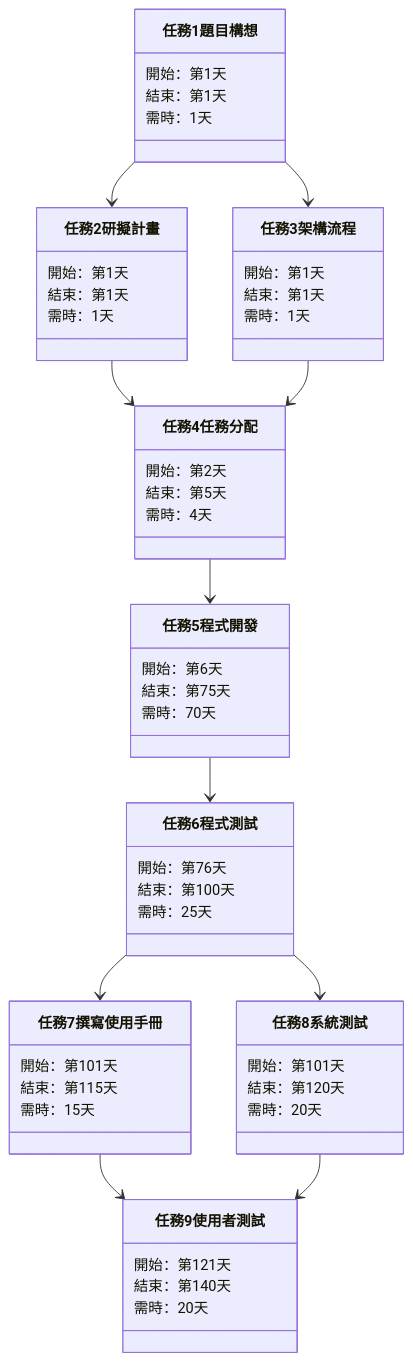
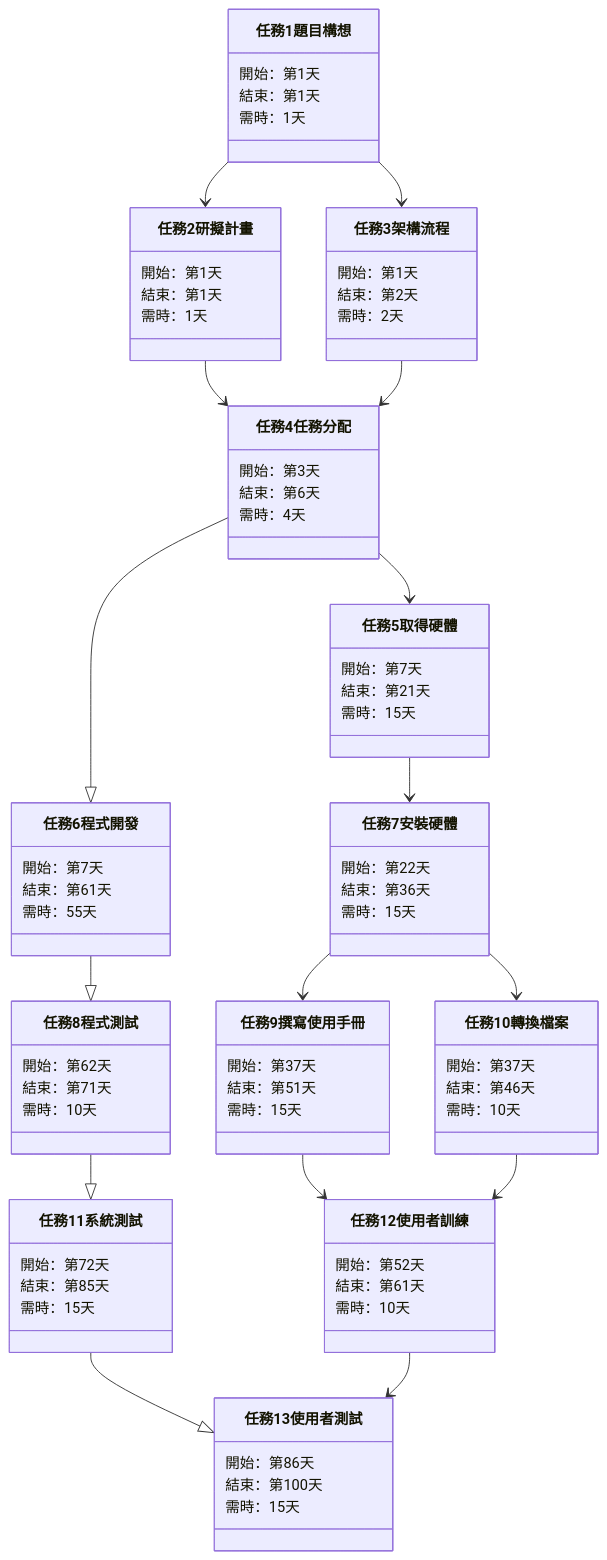
The second of 2 diagrams in README.md (Forever-Hate/no15), drawn with Mermaid before and after one commit. The commit also changed other lines of this file, not shown here.

````diff
--- a/README.md
+++ b/README.md
@@ -54,50 +54,71 @@
 ```mermaid
 classDiagram
 
 任務1 題目構想 --> 任務2 研擬計畫
 任務1 題目構想 --> 任務3 架構流程
 任務2 研擬計畫 --> 任務4 任務分配
 任務3 架構流程 --> 任務4 任務分配
-任務4 任務分配 --> 任務5 程式開發
-任務5 程式開發 --> 任務6 程式測試
-任務6 程式測試 --> 任務8 系統測試
-任務6 程式測試 --> 任務7 撰寫使用手冊
-任務7 撰寫使用手冊 --> 任務9 使用者測試
-任務8 系統測試 --> 任務9 使用者測試
+任務4 任務分配 --> 任務5 取得硬體
+任務4 任務分配 --|> 任務6 程式開發
+任務5 取得硬體 --> 任務7 安裝硬體
+任務6 程式開發 --|> 任務8 程式測試
+任務8 程式測試 --|> 任務11 系統測試
+任務7 安裝硬體 --> 任務9 撰寫使用手冊
+任務7 安裝硬體 --> 任務10 轉換檔案
+任務9 撰寫使用手冊 --> 任務12 使用者訓練
+任務10 轉換檔案 --> 任務12 使用者訓練
+任務11 系統測試 --|> 任務13 使用者測試
+任務12 使用者訓練 --> 任務13 使用者測試
 
 任務1 題目構想 : 開始：第1天
 任務1 題目構想 : 結束：第1天
 任務1 題目構想 : 需時：1天
 
 任務2 研擬計畫 : 開始：第1天
 任務2 研擬計畫 : 結束：第1天
 任務2 研擬計畫 : 需時：1天
 
 任務3 架構流程 : 開始：第1天
-任務3 架構流程 : 結束：第1天
-任務3 架構流程 : 需時：1天
+任務3 架構流程 : 結束：第2天
+任務3 架構流程 : 需時：2天
 
-任務4 任務分配 : 開始：第2天
-任務4 任務分配 : 結束：第5天
+任務4 任務分配 : 開始：第3天
+任務4 任務分配 : 結束：第6天
 任務4 任務分配 : 需時：4天
 
-任務5 程式開發 : 開始：第6天
-任務5 程式開發 : 結束：第75天
-任務5 程式開發 : 需時：70天
+任務5 取得硬體 : 開始：第7天
+任務5 取得硬體 : 結束：第21天
+任務5 取得硬體 : 需時：15天
 
-任務6 程式測試 : 開始：第76天
-任務6 程式測試 : 結束：第100天
-任務6 程式測試 : 需時：25天
+任務6 程式開發 : 開始：第7天
+任務6 程式開發 : 結束：第61天
+任務6 程式開發 : 需時：55天
 
-任務7 撰寫使用手冊 : 開始：第101天
-任務7 撰寫使用手冊 : 結束：第115天
-任務7 撰寫使用手冊 : 需時：15天
+任務7 安裝硬體 : 開始：第22天
+任務7 安裝硬體 : 結束：第36天
+任務7 安裝硬體 : 需時：15天
 
-任務8 系統測試 : 開始：第101天
-任務8 系統測試 : 結束：第120天
-任務8 系統測試 : 需時：20天
+任務8 程式測試 : 開始：第62天
+任務8 程式測試 : 結束：第71天
+任務8 程式測試 : 需時：10天
 
-任務9 使用者測試 : 開始：第121天
-任務9 使用者測試 : 結束：第140天
-任務9 使用者測試 : 需時：20天
+任務9 撰寫使用手冊 : 開始：第37天
+任務9 撰寫使用手冊 : 結束：第51天
+任務9 撰寫使用手冊 : 需時：15天
+
+任務10 轉換檔案 : 開始：第37天
+任務10 轉換檔案 : 結束：第46天
+任務10 轉換檔案 : 需時：10天
+
+任務11 系統測試 : 開始：第72天
+任務11 系統測試 : 結束：第85天
+任務11 系統測試 : 需時：15天
+
+任務12 使用者訓練 : 開始：第52天
+任務12 使用者訓練 : 結束：第61天
+任務12 使用者訓練 : 需時：10天
+
+任務13 使用者測試 : 開始：第86天
+任務13 使用者測試 : 結束：第100天
+任務13 使用者測試 : 需時：15天
 ```
````
